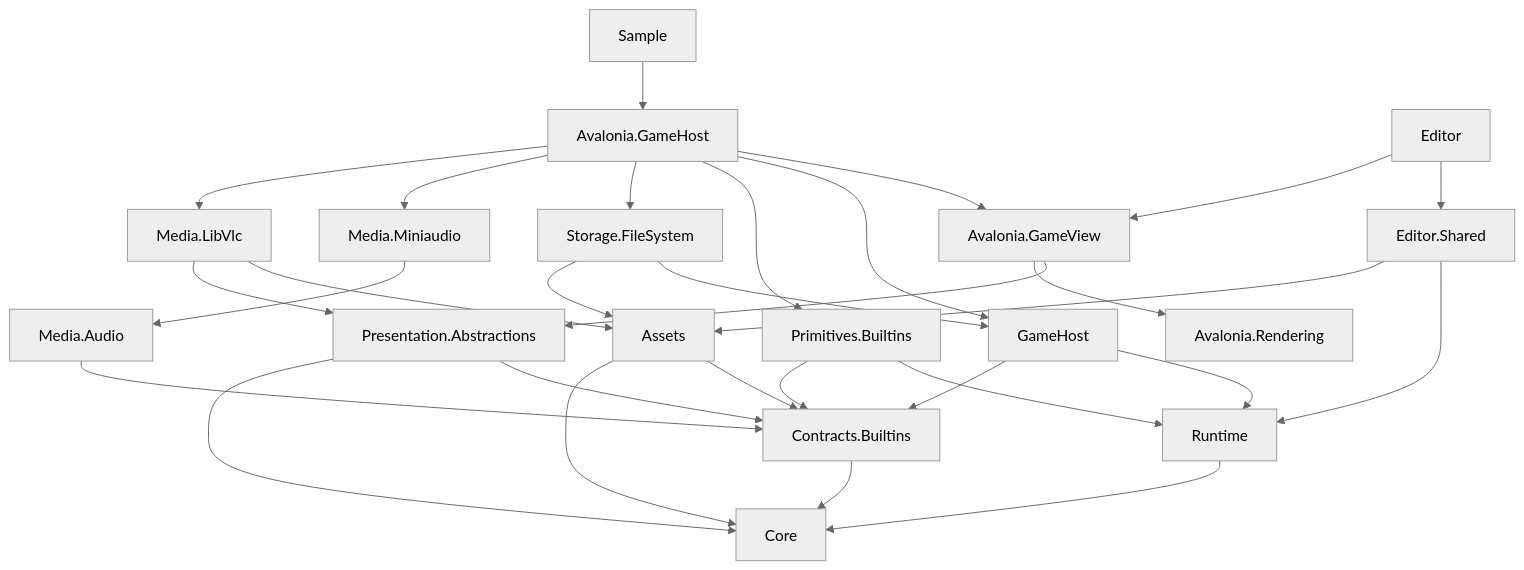
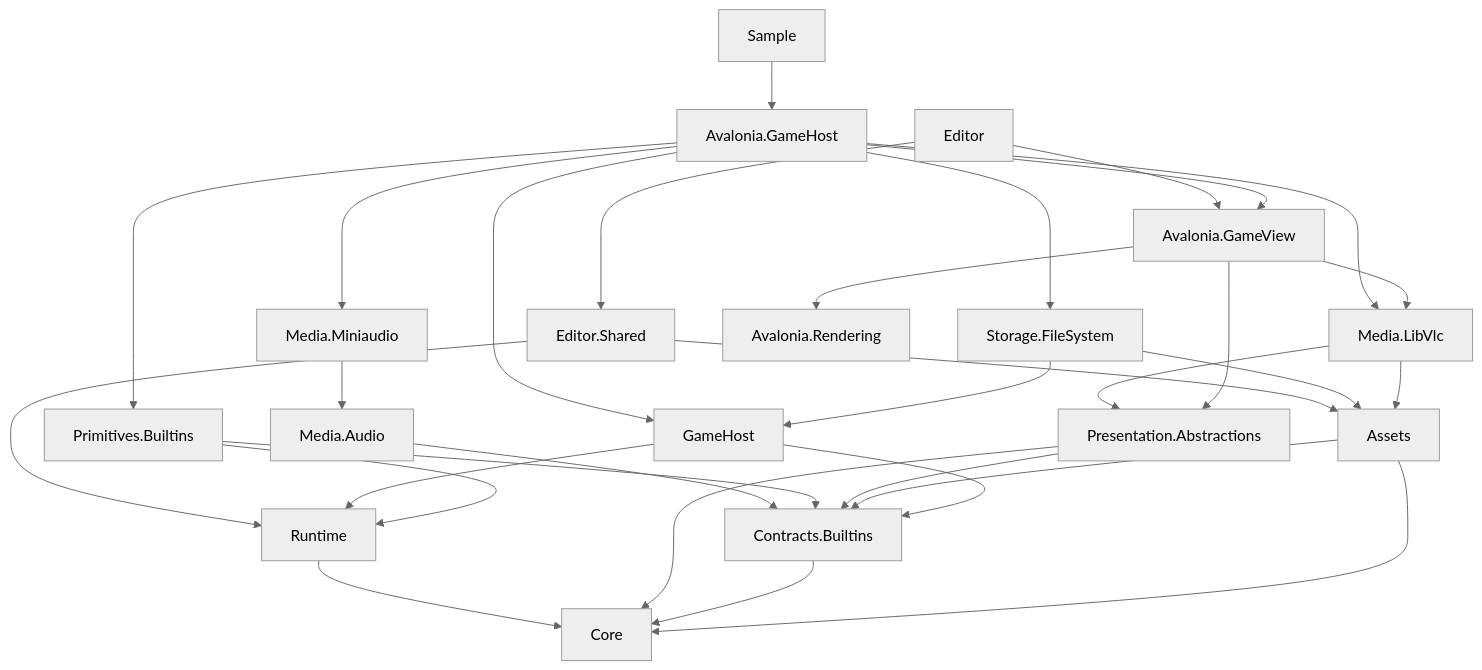
One commit to StarryXYJ/Gal.Net changed the diagram in docs/spec/architecture.md. Above: the diagram before and after it, drawn with Mermaid (neutral theme). The commit also changed other lines of this file and 43 other files, not shown here.

````diff
--- a/docs/spec/architecture.md
+++ b/docs/spec/architecture.md
@@ -27,32 +27,33 @@
 ```mermaid
 flowchart TB
     Sample[Sample] --> AvaloniaHost[Avalonia.GameHost]
     Editor[Editor] --> EditorShared[Editor.Shared]
     Editor --> GameView[Avalonia.GameView]
     EditorShared --> Runtime
     EditorShared --> Assets
     AvaloniaHost --> GameView
     AvaloniaHost --> Host[GameHost]
     AvaloniaHost --> Builtins[Primitives.Builtins]
     AvaloniaHost --> Storage[Storage.FileSystem]
     AvaloniaHost --> Audio[Media.Miniaudio]
     Audio --> Mixer[Media.Audio]
     Mixer --> Contracts
     AvaloniaHost --> Media[Media.LibVlc]
     Host --> Runtime
     Builtins --> Runtime
     Builtins --> Contracts[Contracts.Builtins]
     Storage --> Host
     Storage --> Assets
     Media --> Assets
     Media --> Ports[Presentation.Abstractions]
     GameView --> Ports
+    GameView --> Media
     GameView --> Rendering[Avalonia.Rendering]
     Runtime --> Core
     Ports --> Contracts
     Ports --> Core
     Contracts --> Core
     Assets --> Contracts
     Host --> Contracts
     Assets --> Core
 ```
````
